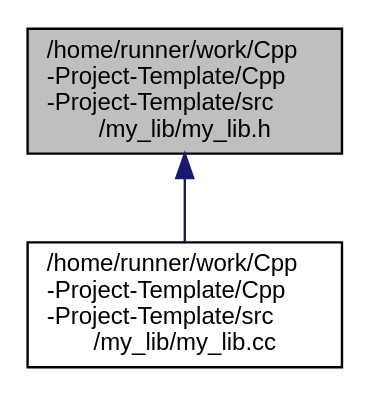
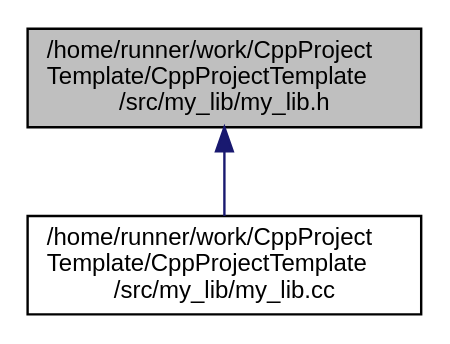
Before and after one commit to franneck94/CppProjectTemplate: the diagram in my__lib_8h__dep__incl.dot, drawn with Graphviz. The commit also changed 8 other files, not shown here.

```diff
--- a/my__lib_8h__dep__incl.dot
+++ b/my__lib_8h__dep__incl.dot
@@ -1,9 +1,9 @@
-digraph "/home/runner/work/Cpp-Project-Template/Cpp-Project-Template/src/my_lib/my_lib.h"
+digraph "/home/runner/work/CppProjectTemplate/CppProjectTemplate/src/my_lib/my_lib.h"
 {
  // LATEX_PDF_SIZE
   edge [fontname="Helvetica",fontsize="10",labelfontname="Helvetica",labelfontsize="10"];
   node [fontname="Helvetica",fontsize="10",shape=record];
-  Node1 [label="/home/runner/work/Cpp\l-Project-Template/Cpp\l-Project-Template/src\l/my_lib/my_lib.h",height=0.2,width=0.4,color="black", fillcolor="grey75", style="filled", fontcolor="black",tooltip=" "];
+  Node1 [label="/home/runner/work/CppProject\lTemplate/CppProjectTemplate\l/src/my_lib/my_lib.h",height=0.2,width=0.4,color="black", fillcolor="grey75", style="filled", fontcolor="black",tooltip=" "];
   Node1 -> Node2 [dir="back",color="midnightblue",fontsize="10",style="solid",fontname="Helvetica"];
-  Node2 [label="/home/runner/work/Cpp\l-Project-Template/Cpp\l-Project-Template/src\l/my_lib/my_lib.cc",height=0.2,width=0.4,color="black", fillcolor="white", style="filled",URL="$my__lib_8cc.html",tooltip=" "];
+  Node2 [label="/home/runner/work/CppProject\lTemplate/CppProjectTemplate\l/src/my_lib/my_lib.cc",height=0.2,width=0.4,color="black", fillcolor="white", style="filled",URL="$my__lib_8cc.html",tooltip=" "];
 }
```
